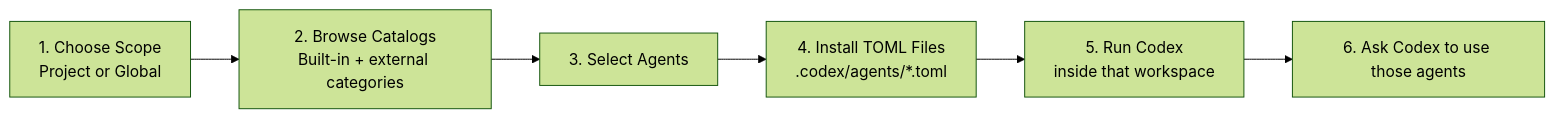
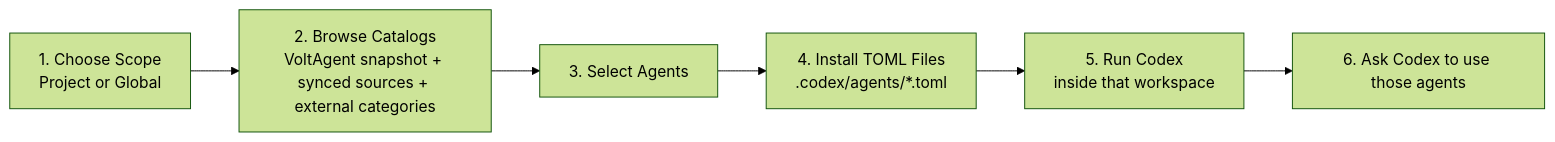
Before and after one commit to 17-sss/codex-subagent-kit: the first of 2 diagrams in docs/UNDERSTANDING_AND_WORKFLOW.md, drawn with Mermaid (forest theme). The commit also changed other lines of this file and 174 other files, not shown here.

````diff
--- a/docs/UNDERSTANDING_AND_WORKFLOW.md
+++ b/docs/UNDERSTANDING_AND_WORKFLOW.md
@@ -53,11 +55,11 @@
 ```mermaid
 flowchart LR
     A["1. Choose Scope<br/>Project or Global"]
-    B["2. Browse Catalogs<br/>Built-in + external categories"]
+    B["2. Browse Catalogs<br/>VoltAgent snapshot + synced sources + external categories"]
     C["3. Select Agents"]
     D["4. Install TOML Files<br/>.codex/agents/*.toml"]
     E["5. Run Codex<br/>inside that workspace"]
     F["6. Ask Codex to use those agents"]
 
     A --> B --> C --> D --> E --> F
 ```
````
